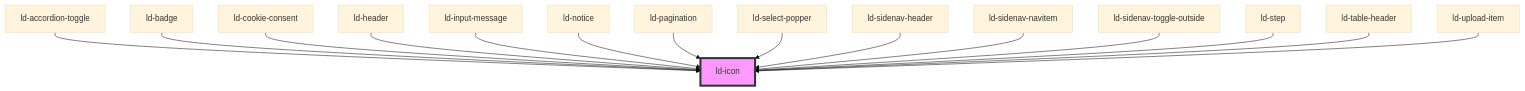
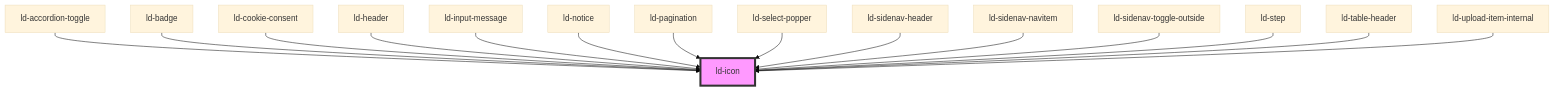
Before and after one commit to emdgroup-liquid/liquid: the diagram in src/liquid/components/ld-icon/readme.md, drawn with Mermaid (base theme). The commit also changed other lines of this file and 27 other files, not shown here.

Commit message:
fix(ld-file-upload): make sure internal components are internal

````diff
--- a/src/liquid/components/ld-icon/readme.md
+++ b/src/liquid/components/ld-icon/readme.md
@@ -387,18 +387,18 @@
 ```mermaid
 graph TD;
   ld-accordion-toggle --> ld-icon
   ld-badge --> ld-icon
   ld-cookie-consent --> ld-icon
   ld-header --> ld-icon
   ld-input-message --> ld-icon
   ld-notice --> ld-icon
   ld-pagination --> ld-icon
   ld-select-popper --> ld-icon
   ld-sidenav-header --> ld-icon
   ld-sidenav-navitem --> ld-icon
   ld-sidenav-toggle-outside --> ld-icon
   ld-step --> ld-icon
   ld-table-header --> ld-icon
-  ld-upload-item --> ld-icon
+  ld-upload-item-internal --> ld-icon
   style ld-icon fill:#f9f,stroke:#333,stroke-width:4px
 ```
````
